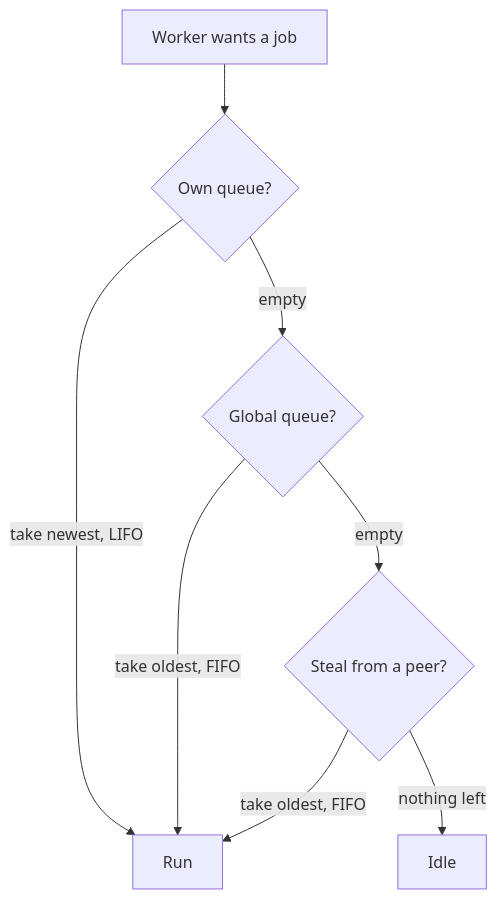
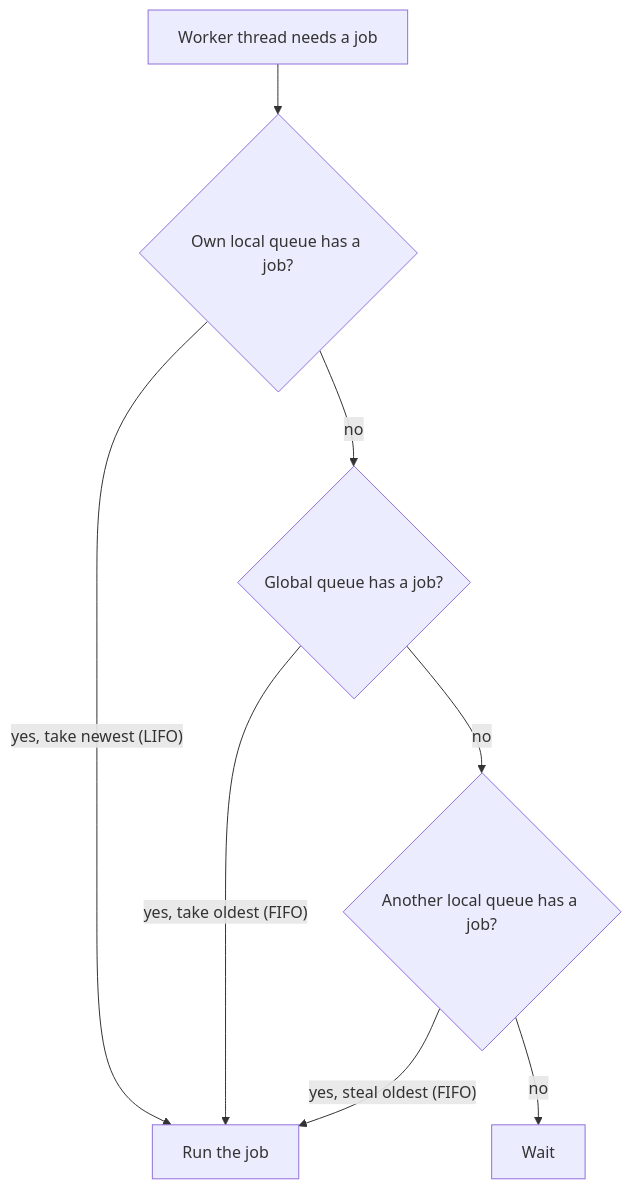
One commit to M1re/EngineeringVault changed the diagram in Vault/Programming/Concurrency/Threads and the Thread Pool.md. Above: the diagram before and after it, drawn with Mermaid. The commit also changed other lines of this file and 3 other files, not shown here.

````diff
--- a/Vault/Programming/Concurrency/Threads and the Thread Pool.md
+++ b/Vault/Programming/Concurrency/Threads and the Thread Pool.md
@@ -92,10 +94,10 @@
 ```mermaid
 flowchart TD
-    W[Worker wants a job] --> L{Own queue?}
-    L -- take newest, LIFO --> R[Run]
-    L -- empty --> G{Global queue?}
-    G -- take oldest, FIFO --> R
-    G -- empty --> S{Steal from a peer?}
-    S -- take oldest, FIFO --> R
-    S -- nothing left --> I[Idle]
+    W[Worker thread needs a job] --> L{Own local queue has a job?}
+    L -- yes, take newest (LIFO) --> R[Run the job]
+    L -- no --> G{Global queue has a job?}
+    G -- yes, take oldest (FIFO) --> R
+    G -- no --> S{Another local queue has a job?}
+    S -- yes, steal oldest (FIFO) --> R
+    S -- no --> I[Wait]
 ```
````
